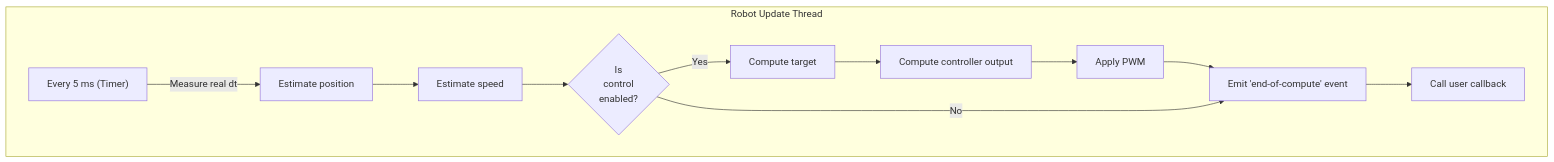
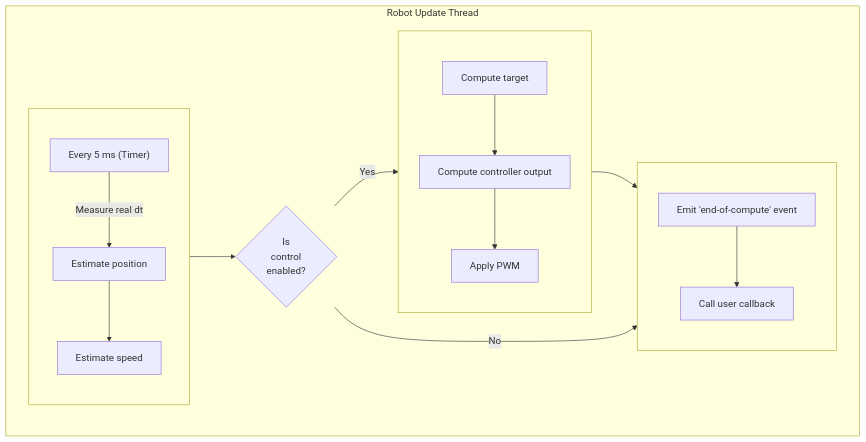
One commit to FogozIV/PAMITeensy changed the first of 6 diagrams in SCHEMATIC.md. Above: the diagram before and after it, drawn with Mermaid. The commit also changed 6 other files, not shown here.

````diff
--- a/SCHEMATIC.md
+++ b/SCHEMATIC.md
@@ -1,18 +1,38 @@
 ```mermaid
-flowchart TD
-    subgraph RobotUpdateThread[Robot Update Thread]
-        RU0["Every 5 ms (Timer)"]
-        RU1["Estimate position"]
-        RU2["Estimate speed"]
-        RU3{"Is<br/>control<br/>enabled?"}
-        RU4["Compute target"]
-        RU5["Compute controller output"]
-        ApplyPWM["Apply PWM"]
-        RU6["Emit 'end-of-compute' event"]
-        RU7["Call user callback"]
+flowchart LR
+  subgraph RobotUpdateThread["Robot Update Thread"]
+    direction LR
 
-        RU0 -->|"Measure real dt"| RU1 --> RU2 --> RU3
-        RU3 -->|Yes| RU4 --> RU5 --> ApplyPWM --> RU6 --> RU7
-        RU3 -->|No| RU6
+    %% Left block (vertical)
+    subgraph SENSE[" "]
+      direction TB
+      RU0["Every 5 ms (Timer)"]
+      RU1["Estimate position"]
+      RU2["Estimate speed"]
+      RU0 -- "Measure real dt" --> RU1 --> RU2
     end
+
+    RU3{"Is<br/>control<br/>enabled?"}
+
+    %% Middle block (vertical)
+    subgraph CONTROL[" "]
+      direction TB
+      RU4["Compute target"]
+      RU5["Compute controller output"]
+      ApplyPWM["Apply PWM"]
+      RU4 --> RU5 --> ApplyPWM
+    end
+
+    %% Right block (vertical)
+    subgraph ENDING[" "]
+      direction TB
+      RU6["Emit 'end-of-compute' event"]
+      RU7["Call user callback"]
+      RU6 --> RU7
+    end
+  end
+
+  SENSE --> RU3
+  RU3 -- Yes --> CONTROL --> ENDING
+  RU3 -- No  --> ENDING
 ```
````
